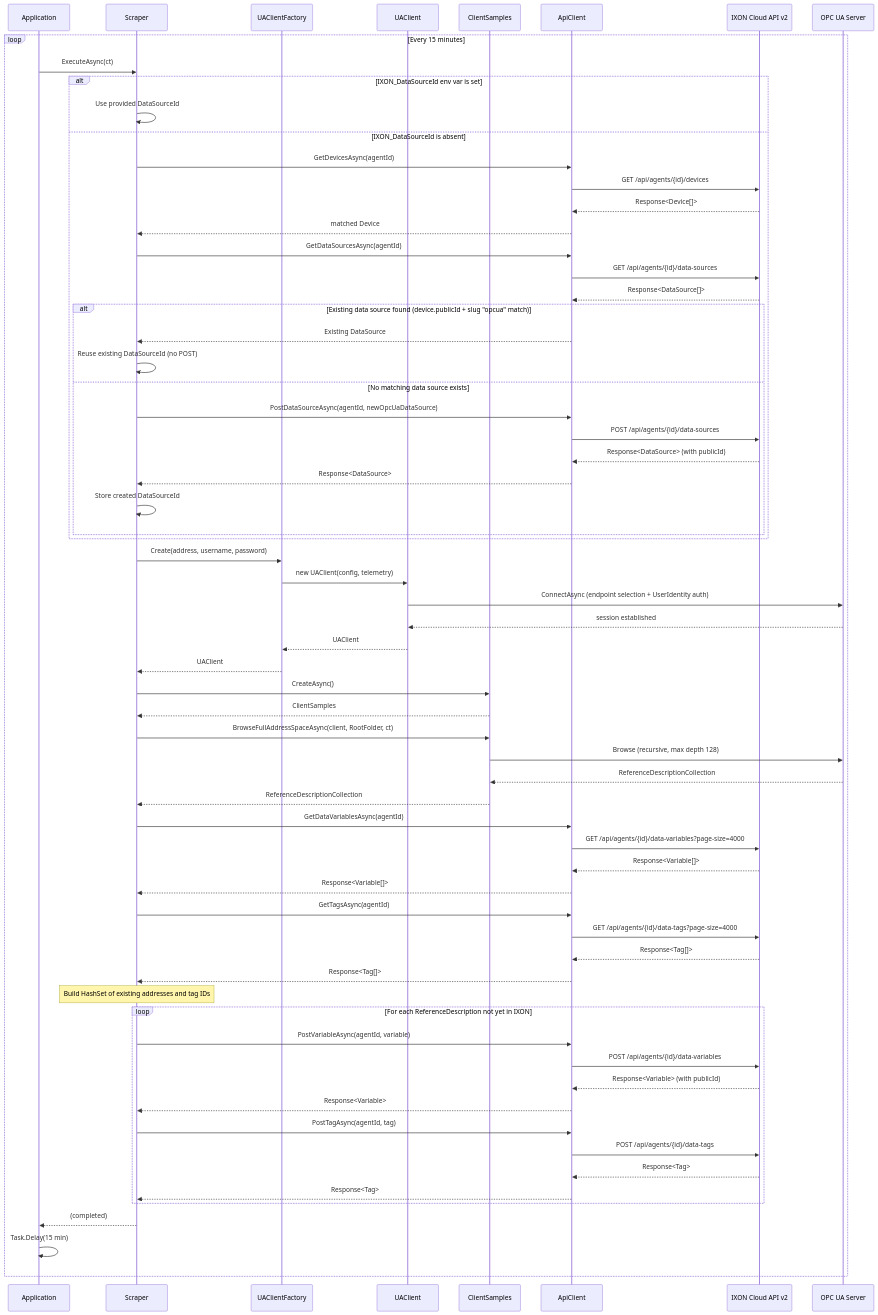
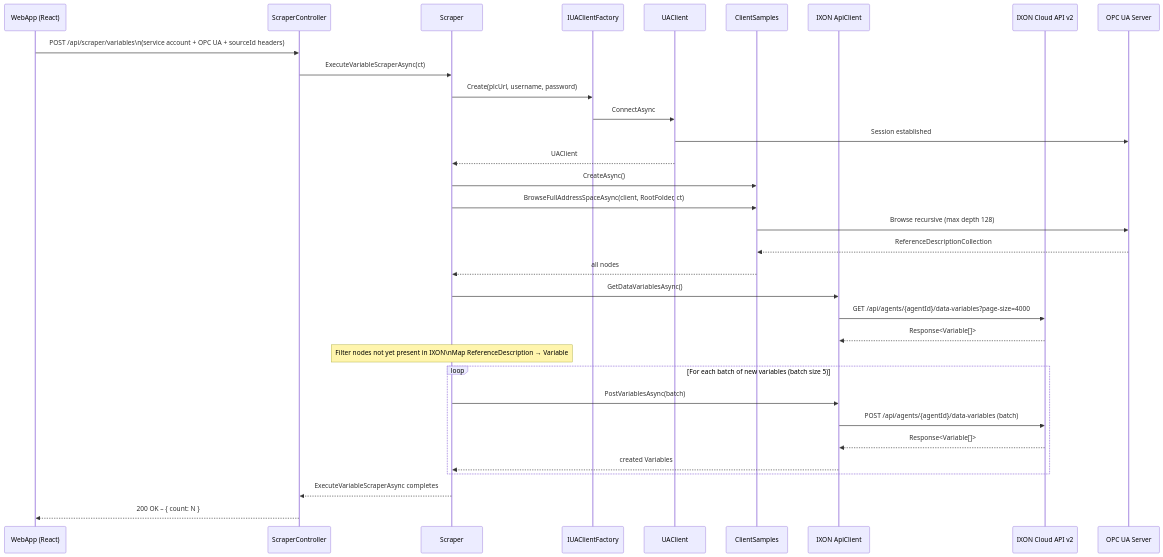
The fifth of 6 diagrams in docs/06_runtime_view.adoc (Rebel-it/rebel-ot-discover-edgeapp), drawn with Mermaid before and after one commit. The commit also changed other lines of this file and 12 other files, not shown here.

```diff
--- a/docs/06_runtime_view.adoc
+++ b/docs/06_runtime_view.adoc
@@ -10,82 +147,44 @@
 [mermaid]
 ....
 sequenceDiagram
-    participant App as Application
+    participant FE as WebApp (React)
+    participant API as ScraperController
     participant Sc as Scraper
-    participant UF as UAClientFactory
+    participant UF as IUAClientFactory
     participant UA as UAClient
     participant CS as ClientSamples
-    participant AC as ApiClient
+    participant AC as IXON ApiClient
     participant IXON as IXON Cloud API v2
     participant OPC as OPC UA Server
 
-    loop Every 15 minutes
-        App->>Sc: ExecuteAsync(ct)
+    FE->>API: POST /api/scraper/variables\n(service account + OPC UA + sourceId headers)
 
-        alt IXON_DataSourceId env var is set
-            Sc->>Sc: Use provided DataSourceId
-        else IXON_DataSourceId is absent
-            Sc->>AC: GetDevicesAsync(agentId)
-            AC->>IXON: GET /api/agents/{id}/devices
-            IXON-->>AC: Response<Device[]>
-            AC-->>Sc: matched Device
+    API->>Sc: ExecuteVariableScraperAsync(ct)
 
-            Sc->>AC: GetDataSourcesAsync(agentId)
-            AC->>IXON: GET /api/agents/{id}/data-sources
-            IXON-->>AC: Response<DataSource[]>
+    Sc->>UF: Create(plcUrl, username, password)
+    UF->>UA: ConnectAsync
+    UA->>OPC: Session established
+    UA-->>Sc: UAClient
 
-            alt Existing data source found (device.publicId + slug "opcua" match)
-                AC-->>Sc: Existing DataSource
-                Sc->>Sc: Reuse existing DataSourceId (no POST)
-            else No matching data source exists
-                Sc->>AC: PostDataSourceAsync(agentId, newOpcUaDataSource)
-                AC->>IXON: POST /api/agents/{id}/data-sources
-                IXON-->>AC: Response<DataSource> (with publicId)
-                AC-->>Sc: Response<DataSource>
-                Sc->>Sc: Store created DataSourceId
-            end
-        end
+    Sc->>CS: CreateAsync()
+    Sc->>CS: BrowseFullAddressSpaceAsync(client, RootFolder, ct)
+    CS->>OPC: Browse recursive (max depth 128)
+    OPC-->>CS: ReferenceDescriptionCollection
+    CS-->>Sc: all nodes
 
-        Sc->>UF: Create(address, username, password)
-        UF->>UA: new UAClient(config, telemetry)
-        UA->>OPC: ConnectAsync (endpoint selection + UserIdentity auth)
-        OPC-->>UA: session established
-        UA-->>UF: UAClient
-        UF-->>Sc: UAClient
+    Sc->>AC: GetDataVariablesAsync()
+    AC->>IXON: GET /api/agents/{agentId}/data-variables?page-size=4000
+    IXON-->>AC: Response<Variable[]>
 
-        Sc->>CS: CreateAsync()
-        CS-->>Sc: ClientSamples
+    Note over Sc: Filter nodes not yet present in IXON\nMap ReferenceDescription → Variable
 
-        Sc->>CS: BrowseFullAddressSpaceAsync(client, RootFolder, ct)
-        CS->>OPC: Browse (recursive, max depth 128)
-        OPC-->>CS: ReferenceDescriptionCollection
-        CS-->>Sc: ReferenceDescriptionCollection
+    loop For each batch of new variables (batch size 5)
+        Sc->>AC: PostVariablesAsync(batch)
+        AC->>IXON: POST /api/agents/{agentId}/data-variables (batch)
+        IXON-->>AC: Response<Variable[]>
+        AC-->>Sc: created Variables
+    end
 
-        Sc->>AC: GetDataVariablesAsync(agentId)
-        AC->>IXON: GET /api/agents/{id}/data-variables?page-size=4000
-        IXON-->>AC: Response<Variable[]>
-        AC-->>Sc: Response<Variable[]>
-
-        Sc->>AC: GetTagsAsync(agentId)
-        AC->>IXON: GET /api/agents/{id}/data-tags?page-size=4000
-        IXON-->>AC: Response<Tag[]>
-        AC-->>Sc: Response<Tag[]>
-
-        Note over Sc: Build HashSet of existing addresses and tag IDs
-
-        loop For each ReferenceDescription not yet in IXON
-            Sc->>AC: PostVariableAsync(agentId, variable)
-            AC->>IXON: POST /api/agents/{id}/data-variables
-            IXON-->>AC: Response<Variable> (with publicId)
-            AC-->>Sc: Response<Variable>
-
-            Sc->>AC: PostTagAsync(agentId, tag)
-            AC->>IXON: POST /api/agents/{id}/data-tags
-            IXON-->>AC: Response<Tag>
-            AC-->>Sc: Response<Tag>
-        end
-
-        Sc-->>App: (completed)
-        App->>App: Task.Delay(15 min)
-    end
+    Sc-->>API: ExecuteVariableScraperAsync completes
+    API-->>FE: 200 OK – { count: N }
 ....
```
